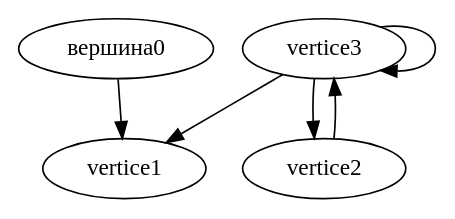
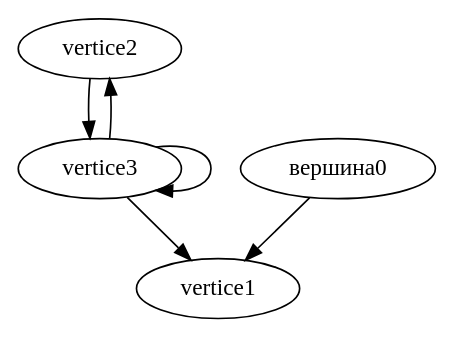
The diagram in golang/graph/res.dot (0x-ff/learning-artifacts), drawn with Graphviz before and after one commit. The commit also changed other lines of this file and 4 other files, not shown here.

Commit message:
golang: add graph adjacency matrix model.

```diff
--- a/golang/graph/res.dot
+++ b/golang/graph/res.dot
@@ -1,7 +1,7 @@
 digraph G {
-вершина0 -> vertice1;
 vertice2 -> vertice3;
+vertice3 -> vertice1;
 vertice3 -> vertice2;
 vertice3 -> vertice3;
-vertice3 -> vertice1;
+вершина0 -> vertice1;
 }
```
